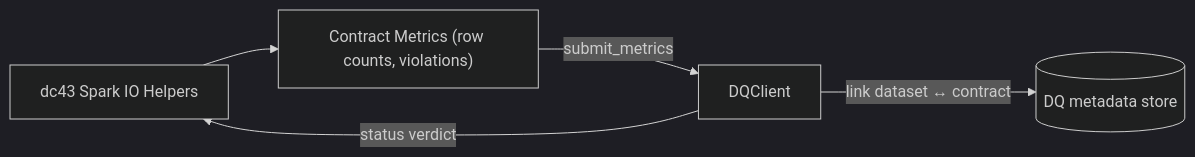
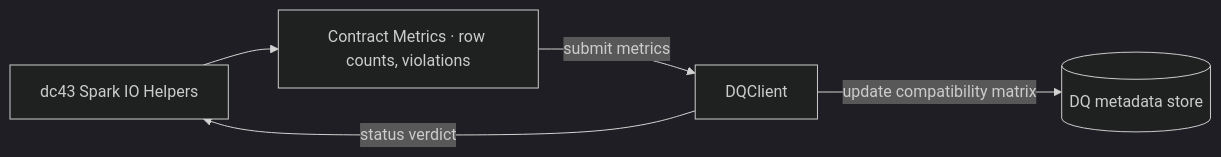
Before and after one commit to NextLab-SRL/dc43: the diagram in docs/data-quality-component.md, drawn with Mermaid (dark theme). The commit also changed other lines of this file and 3 other files, not shown here.

Commit message:
Document DQ orchestrator and fix diagrams

````diff
--- a/docs/data-quality-component.md
+++ b/docs/data-quality-component.md
@@ -36,7 +37,7 @@
 ```mermaid
 flowchart LR
-    SparkIO["dc43 Spark IO Helpers"] --> Metrics["Contract Metrics (row counts, violations)"]
-    Metrics -->|submit_metrics| DQClient
+    SparkIO["dc43 Spark IO Helpers"] --> Metrics["Contract Metrics · row counts, violations"]
+    Metrics -->|submit metrics| DQClient
     DQClient -->|status verdict| SparkIO
-    DQClient -->|link dataset ↔ contract| Catalog[(DQ metadata store)]
+    DQClient -->|update compatibility matrix| Catalog[(DQ metadata store)]
 ```
````
